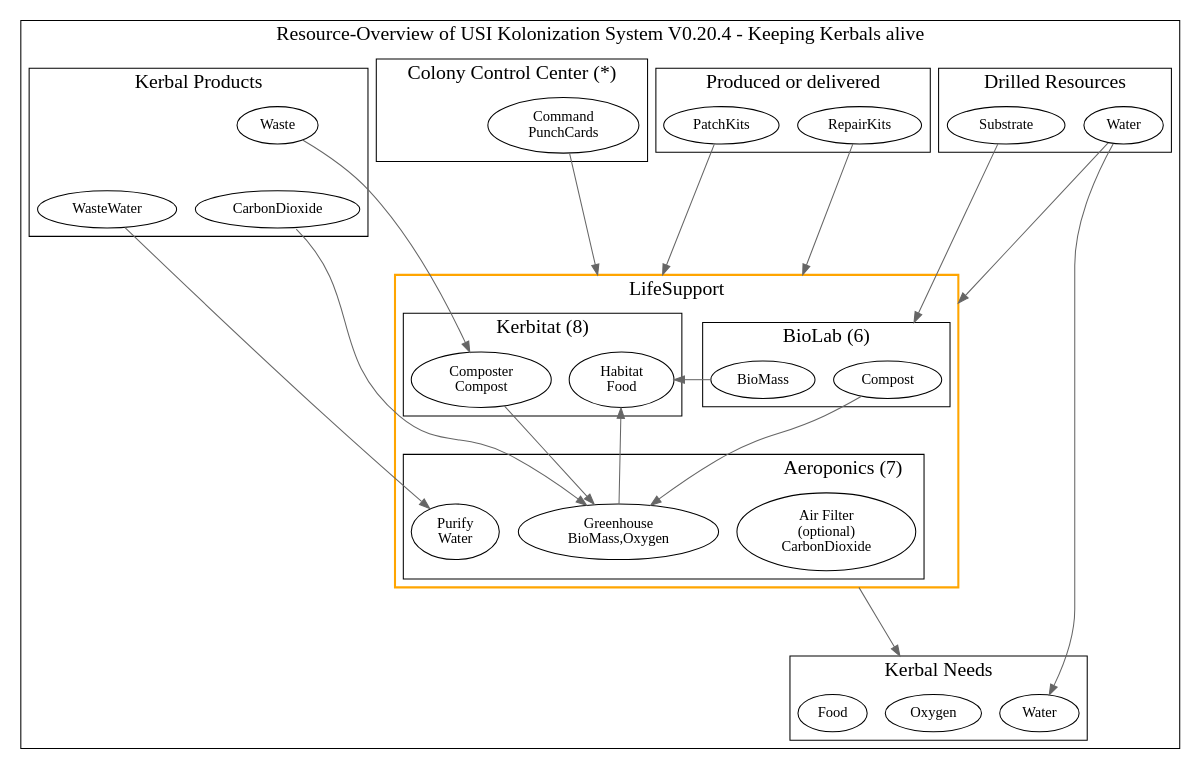
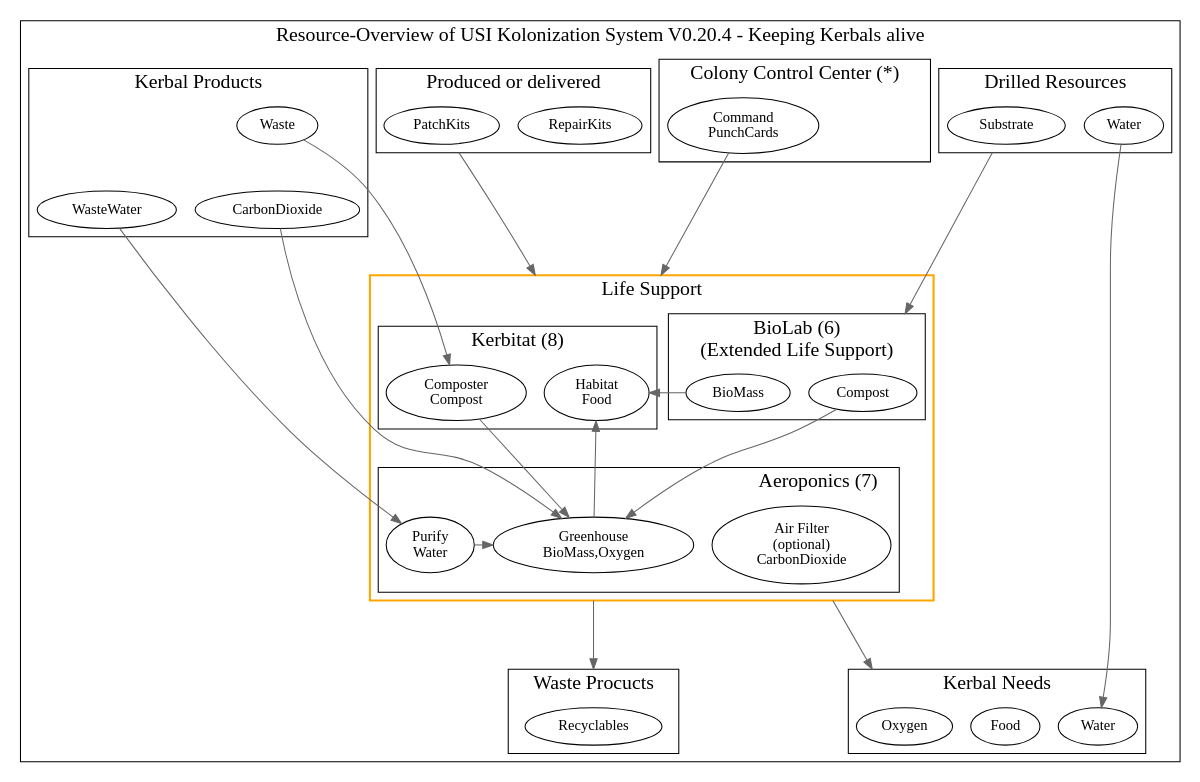
Before and after one commit to mhoram-kerbin/USI-Kolonization-Systems-Resources: the diagram in LifeSupport.dot, drawn with Graphviz.

Commit message:
Streamlined Life Support Graph

```diff
--- a/LifeSupport.dot
+++ b/LifeSupport.dot
@@ -1,114 +1,127 @@
 /* -*- coding: utf-8; -*-
 Overview over USI Kolonization System Resources
 Copyright 2014 By Mhoram
 
 This Work may be distributed under the Creative Commons
 Attribution-ShareAlike 4.0 International or Creative Commons
 Attribution-NonCommercial-ShareAlike 4.0 International License as you
 chose.
 
 */
 
 # dot -Tpdf -o Resources.pdf Resources.dot
 # dot -Tpng -o Resources.png Resources.dot
 
 digraph Resources {
     compound=true;
 
     subgraph clusterLIFE {
         graph [label="Resource-Overview of USI Kolonization System V0.20.4 - Keeping Kerbals alive" fontsize=19];
 
         subgraph clusterDRILLS {
             label="Drilled Resources";
             LSubstrate [label="Substrate"];
             Water;
         }
 
         subgraph clusterProducts {
             label="Produced or delivered";
             PatchKitsL [label="PatchKits"];
             RepairKitsL [label="RepairKits"];
         }
 
         subgraph clusterCCC {
             label="Colony Control Center (*)";
             Command [label="Command\nPunchCards"];
         }
 
         subgraph clusterKerbal {
             label="Kerbal Products";
             Waste;
             WasteWater;
             CarbonDioxide;
             Waste -> CarbonDioxide [weight=10,style=invisible,arrowhead=none];
             Waste -> WasteWater [style=invisible,arrowhead=none];
         }
 
         subgraph clusterKerbalNeeds {
             label="Kerbal Needs";
-            WaterN [label="Water"];
             Oxygen;
             Food;
+            WaterN [label="Water"];
         }
 
         subgraph clusterLIFESUPPORT {
-            label="LifeSupport";
+            label="Life Support";
             color="orange";penwidth=2;
             subgraph  {
                 color="black";penwidth=1;
                 subgraph clusterKerbitat {
                     label="Kerbitat (8)";
                     Composter [label="Composter\nCompost"];
                     Habitat [label="Habitat\nFood"];
                     {
                         rank = same;
                         rankdir=LR;
                         edge [minlen=0];
                         Composter->Habitat [style=invisible,arrowhead=none];
                     }
                 }
 
                 subgraph clusterBIOLAB {
-                    label="BioLab (6)";
+                    label="BioLab (6)\n(Extended Life Support)";
                     BioMass;
                     Compost;
                 }
             }
 
             subgraph clusterAeroponics {
                 label="Aeroponics (7)";
                 labeljust="r";
                 color="black"; penwidth=1;
                 "Air Filter" [label="Air Filter\n(optional)\nCarbonDioxide"];
                 Greenhouse [label="Greenhouse\nBioMass,Oxygen"];
                 Purify [label="Purify\nWater"];
+                edge [color="#666666"];
+
+                Purify -> Greenhouse[constraint = false];
             }
 
             edge [minlen=2, color="#666666"];
             Composter -> Greenhouse;
             Greenhouse -> Habitat [constraint = false];
             BioMass -> Habitat [constraint = false];
             Compost -> Greenhouse;
 
         }
 
+        subgraph clusterRecyclablesL {
+            label="Waste Procucts";
+            RecyclablesL [label="Recyclables"];
+            Oxygen;
+            Food;
+        }
+
+
         edge [minlen=3, color="#666666"];
 
 
         Waste -> Composter;
         WasteWater -> Purify;
-        CarbonDioxide -> Greenhouse [tailport=se, weight=2];
+        CarbonDioxide -> Greenhouse [];
 
-        PatchKitsL -> Habitat [lhead=clusterLIFESUPPORT];
-        RepairKitsL -> BioMass [lhead=clusterLIFESUPPORT];
+        PatchKitsL -> Habitat [lhead=clusterLIFESUPPORT,ltail=clusterProducts];
+        RepairKitsL -> BioMass [lhead=clusterLIFESUPPORT,style=invisible,arrowhead=none];
 
         "Air Filter" -> Oxygen [lhead=clusterKerbalNeeds; ltail=clusterLIFESUPPORT];
         Water -> WaterN;
-        Water -> Compost [lhead=clusterLIFESUPPORT];
-        LSubstrate -> Compost [lhead=clusterBIOLAB];
+#        Water -> Compost [lhead=clusterBIOLAB];
+        LSubstrate -> Compost [lhead=clusterBIOLAB,ltail=clusterDRILLS,weight=2];
 
-        Command -> Habitat [lhead=clusterLIFESUPPORT];
+        Command -> Habitat [lhead=clusterLIFESUPPORT, weight=2];
+
+        Greenhouse -> RecyclablesL [ltail=clusterLIFESUPPORT,lhead=clusterRecyclablesL];
 
     }
 
 }
```
